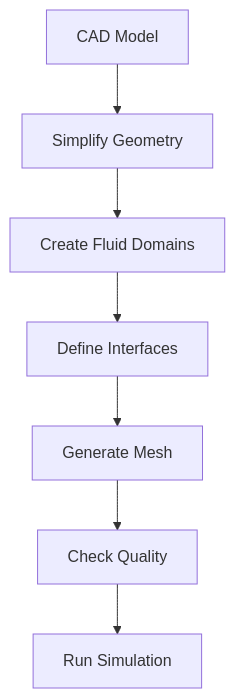
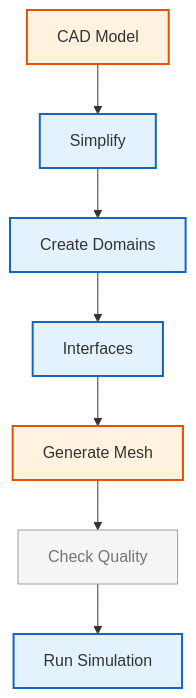
The diagram in MODULE_03_SINGLE_PHASE_FLOW/CONTENT/05_PRACTICAL_APPLICATIONS/03_Heat_Exchangers.md (wramet/build-my-cfd), drawn with Mermaid before and after one commit. The commit also changed 313 other files, not shown here.

Commit message:
Revise all diagram

````diff
--- a/MODULE_03_SINGLE_PHASE_FLOW/CONTENT/05_PRACTICAL_APPLICATIONS/03_Heat_Exchangers.md
+++ b/MODULE_03_SINGLE_PHASE_FLOW/CONTENT/05_PRACTICAL_APPLICATIONS/03_Heat_Exchangers.md
@@ -688,9 +688,14 @@
 ```mermaid
 flowchart TD
-    A[CAD Model] --> B[Simplify Geometry]
-    B --> C[Create Fluid Domains]
-    C --> D[Define Interfaces]
-    D --> E[Generate Mesh]
-    E --> F[Check Quality]
-    F --> G[Run Simulation]
+%% Classes
+classDef explicit fill:#fff3e0,stroke:#e65100,stroke-width:2px;
+classDef implicit fill:#e3f2fd,stroke:#1565c0,stroke-width:2px;
+classDef context fill:#f5f5f5,stroke:#9e9e9e,stroke-width:1px,color:#757575;
+%% Nodes
+A[CAD Model]:::explicit --> B[Simplify]:::implicit
+B --> C[Create Domains]:::implicit
+C --> D[Interfaces]:::implicit
+D --> E[Generate Mesh]:::explicit
+E --> F[Check Quality]:::context
+F --> G[Run Simulation]:::implicit
 ```
````
